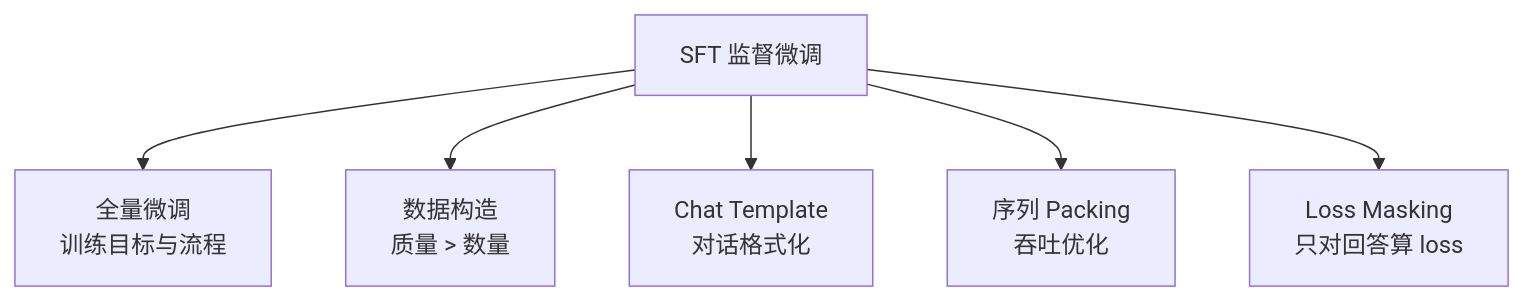
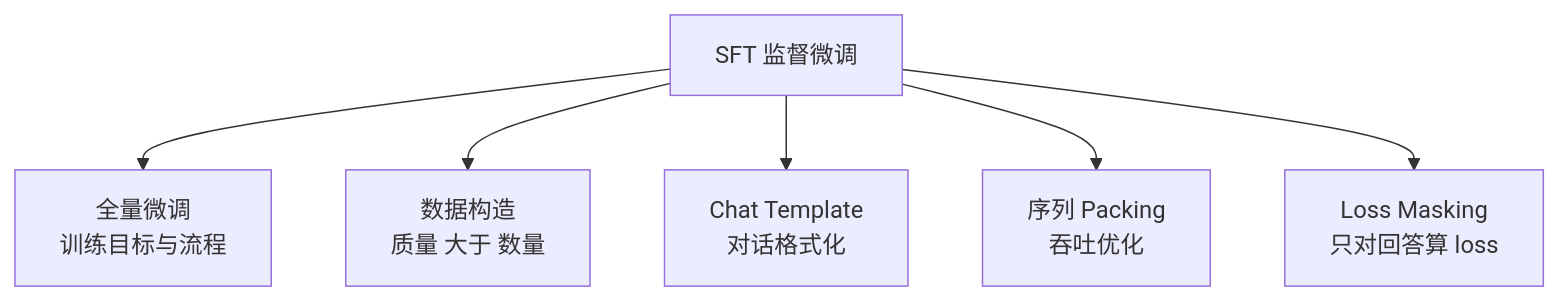
The second of 2 diagrams in docs/sft/index.md (zhoujx4/llm-atlas), drawn with Mermaid before and after one commit. The commit also changed other lines of this file and 226 other files, not shown here.

````diff
--- a/docs/sft/index.md
+++ b/docs/sft/index.md
@@ -15,8 +38,8 @@
 ```mermaid
 flowchart TD
     SFT[SFT 监督微调] --> FT[全量微调<br/>训练目标与流程]
-    SFT --> DATA[数据构造<br/>质量 > 数量]
+    SFT --> DATA[数据构造<br/>质量 大于 数量]
     SFT --> CT[Chat Template<br/>对话格式化]
     SFT --> PK[序列 Packing<br/>吞吐优化]
     SFT --> LM[Loss Masking<br/>只对回答算 loss]
 ```
````
